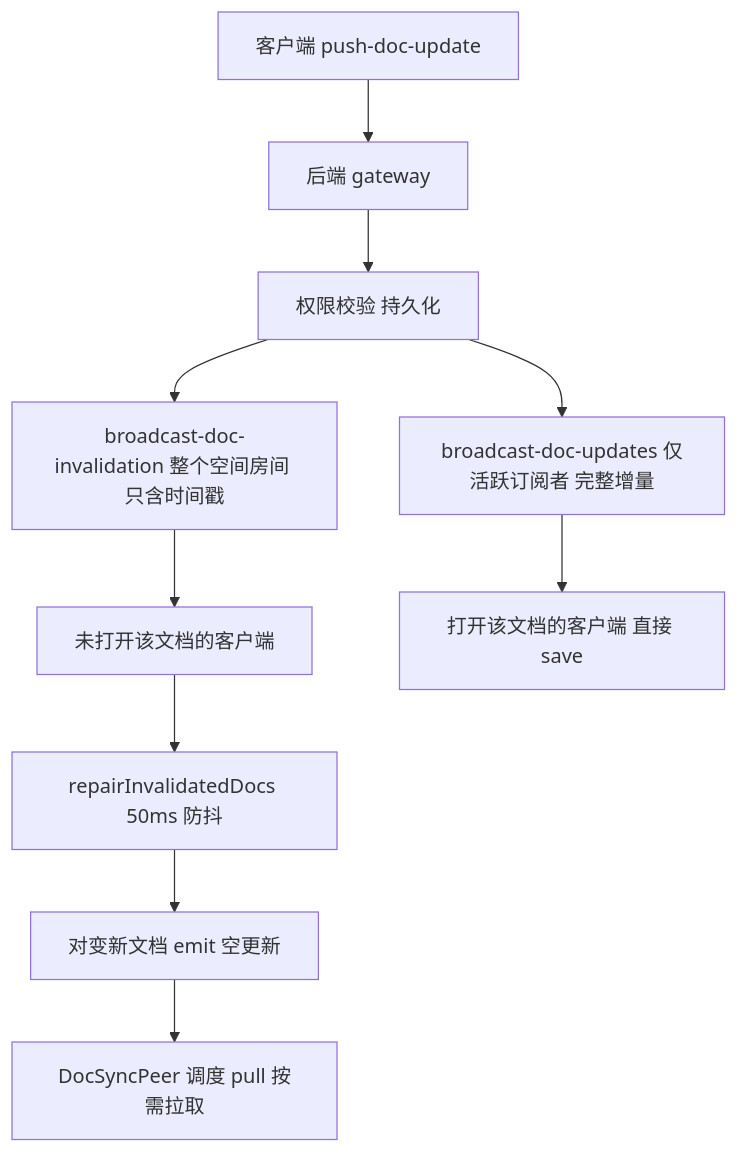
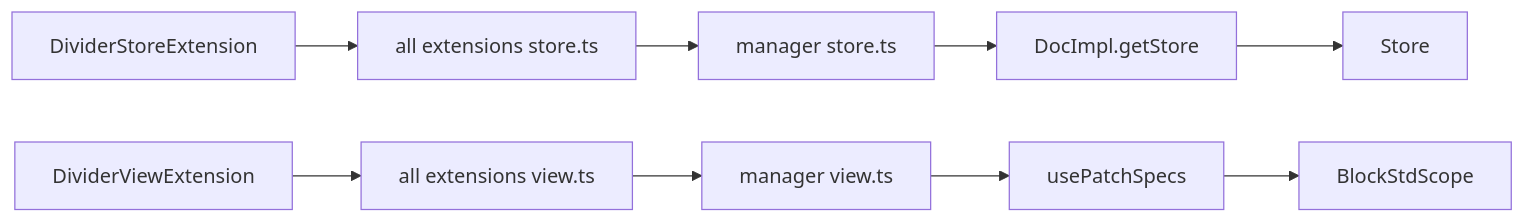
Before and after one commit to lfire/AFFiNE: the second of 2 diagrams in learning-guide/slides/decks/19.md, drawn with Mermaid. The commit also changed other lines of this file and 73 other files, not shown here.

````diff
--- a/learning-guide/slides/decks/19.md
+++ b/learning-guide/slides/decks/19.md
@@ -445,12 +242,11 @@
 ```mermaid
-flowchart TB
-  S["客户端 push-doc-update"] --> GW["后端 gateway"]
-  GW --> V["权限校验 持久化"]
-  V --> B1["broadcast-doc-invalidation 整个空间房间 只含时间戳"]
-  V --> B2["broadcast-doc-updates 仅活跃订阅者 完整增量"]
-  B1 --> C1["未打开该文档的客户端"]
-  C1 --> R["repairInvalidatedDocs 50ms 防抖"]
-  R --> E["对变新文档 emit 空更新"]
-  E --> P["DocSyncPeer 调度 pull 按需拉取"]
-  B2 --> C2["打开该文档的客户端 直接 save"]
+flowchart LR
+  S1["DividerStoreExtension"] --> E2["all extensions store.ts"]
+  E2 --> M1["manager store.ts"]
+  M1 --> D1["DocImpl.getStore"]
+  D1 --> ST["Store"]
+  V1["DividerViewExtension"] --> E3["all extensions view.ts"]
+  E3 --> M2["manager view.ts"]
+  M2 --> D2["usePatchSpecs"]
+  D2 --> STD["BlockStdScope"]
 ```
````
